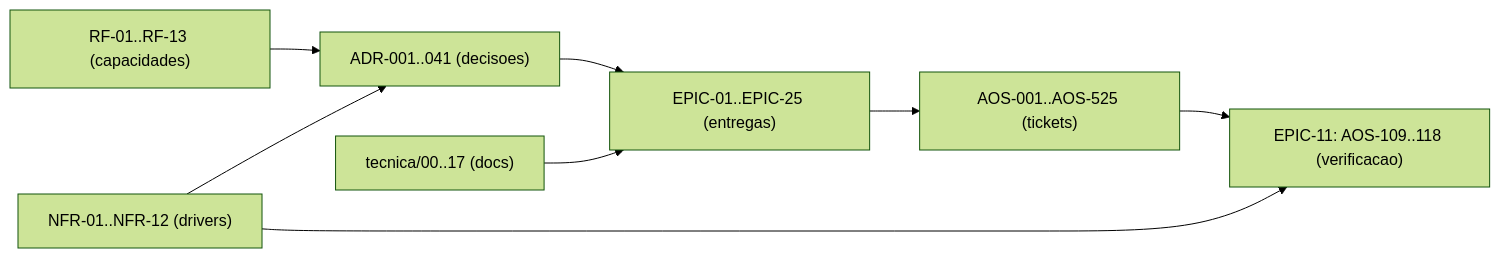
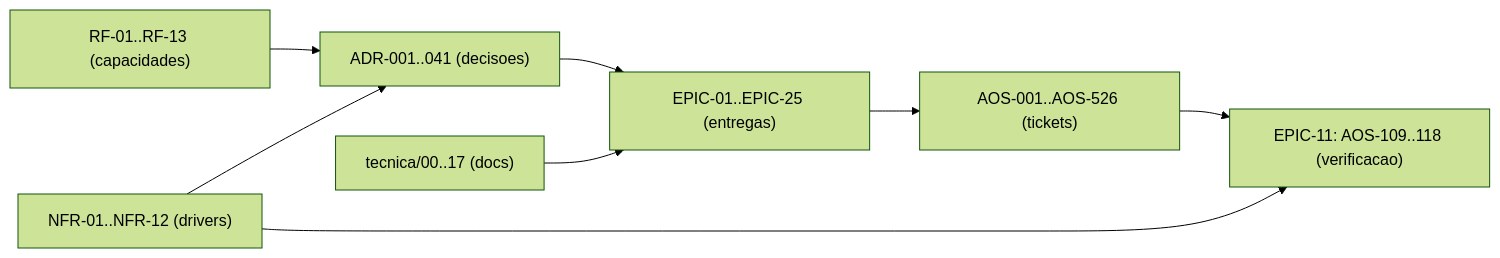
One commit to albinoJimy/aos changed the diagram in tecnica/16_Rastreabilidade_RTM.md. Above: the diagram before and after it, drawn with Mermaid (forest theme). The commit also changed other lines of this file and 2 other files, not shown here.

First line of the commit message:
docs(AOS-526): abre o ticket do tool_choice e regista a investigação das primeiras falhas do titular

````diff
--- a/tecnica/16_Rastreabilidade_RTM.md
+++ b/tecnica/16_Rastreabilidade_RTM.md
@@ -209,10 +209,10 @@
 ```mermaid
 flowchart LR
     RF["RF-01..RF-13 (capacidades)"] --> ADR["ADR-001..041 (decisoes)"]
     NFR["NFR-01..NFR-12 (drivers)"] --> ADR
     ADR --> EPIC["EPIC-01..EPIC-25 (entregas)"]
-    EPIC --> TICK["AOS-001..AOS-525 (tickets)"]
+    EPIC --> TICK["AOS-001..AOS-526 (tickets)"]
     DOC["tecnica/00..17 (docs)"] --> EPIC
     TICK --> TEST["EPIC-11: AOS-109..118 (verificacao)"]
     NFR --> TEST
 ```
````
